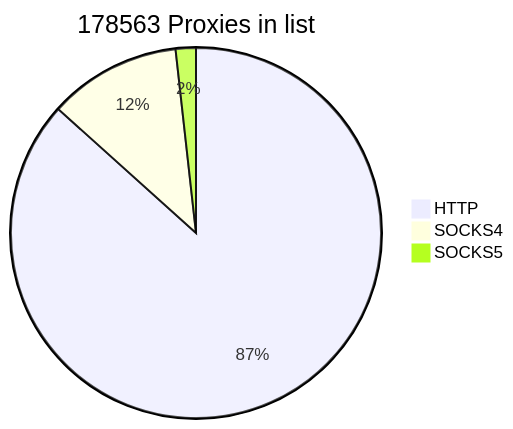
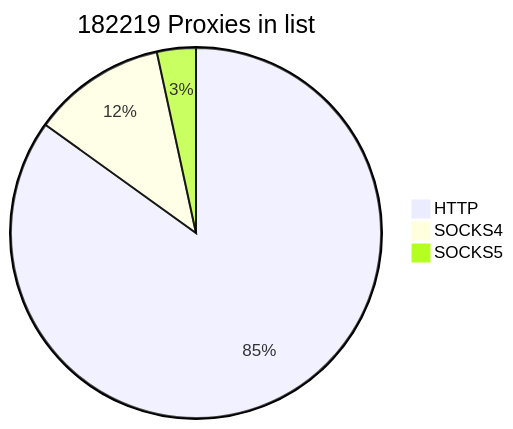
One commit to cutipu/proxylist changed the first of 2 diagrams in README.md. Above: the diagram before and after it, drawn with Mermaid. The commit also changed other lines of this file, not shown here.

````diff
--- a/README.md
+++ b/README.md
@@ -2,7 +2,7 @@
 ```mermaid
-pie title 178563 Proxies in list
-    "HTTP" : 154738
-    "SOCKS4" : 20670
-    "SOCKS5" : 3155
+pie title 182219 Proxies in list
+    "HTTP" : 154740
+    "SOCKS4" : 21294
+    "SOCKS5" : 6185
             
 ```
````
